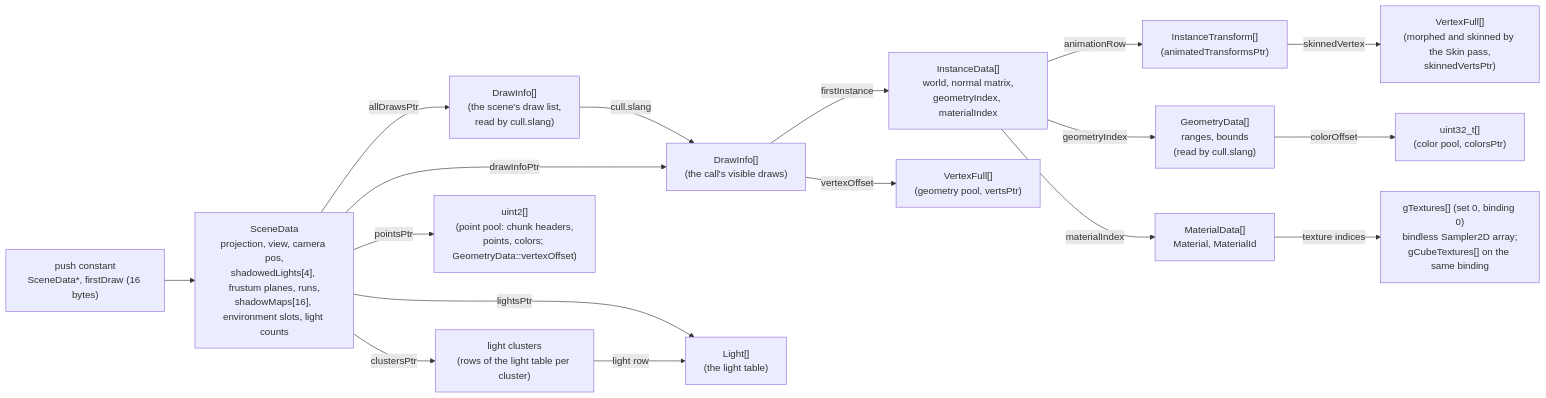
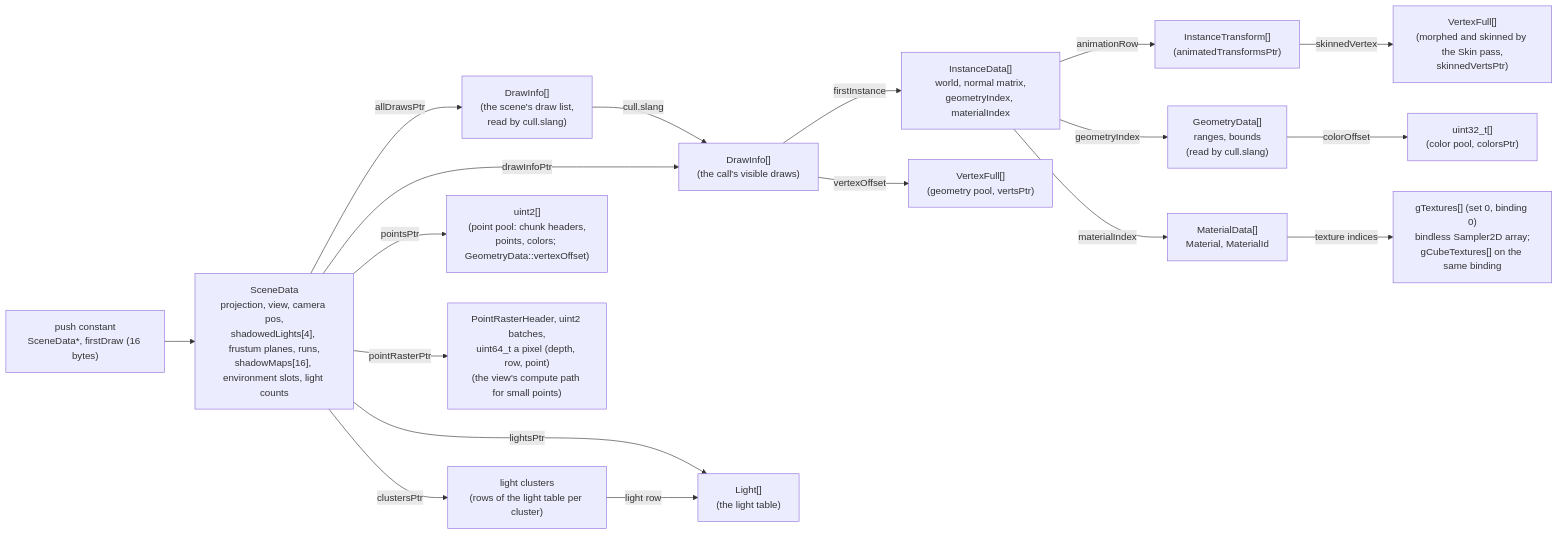
Before and after one commit to adel-elmala/rasm: the third of 3 diagrams in docs/architecture.md, drawn with Mermaid. The commit also changed other lines of this file and 40 other files, not shown here.

First line of the commit message:
feat: compute rasterizer for small points (C API 1.11, 3 of 5) (#105)

````diff
--- a/docs/architecture.md
+++ b/docs/architecture.md
@@ -711,19 +718,20 @@
 ```mermaid
 flowchart LR
     PC["push constant<br/>SceneData*, firstDraw (16 bytes)"] --> SD["SceneData<br/>projection, view, camera pos,<br/>shadowedLights[4], frustum planes, runs,<br/>shadowMaps[16], environment slots, light counts"]
     SD -- allDrawsPtr --> AD["DrawInfo[]<br/>(the scene's draw list,<br/>read by cull.slang)"]
     AD -- cull.slang --> DI
     SD -- drawInfoPtr --> DI["DrawInfo[]<br/>(the call's visible draws)"]
     DI -- firstInstance --> ID["InstanceData[]<br/>world, normal matrix,<br/>geometryIndex, materialIndex"]
     DI -- vertexOffset --> V["VertexFull[]<br/>(geometry pool, vertsPtr)"]
     GD -- colorOffset --> VC["uint32_t[]<br/>(color pool, colorsPtr)"]
     ID -- animationRow --> IT["InstanceTransform[]<br/>(animatedTransformsPtr)"]
     IT -- skinnedVertex --> SV["VertexFull[]<br/>(morphed and skinned by the Skin pass,<br/>skinnedVertsPtr)"]
     ID -- geometryIndex --> GD["GeometryData[]<br/>ranges, bounds<br/>(read by cull.slang)"]
     SD -- lightsPtr --> LT["Light[]<br/>(the light table)"]
     SD -- clustersPtr --> CL["light clusters<br/>(rows of the light table per cluster)"]
     SD -- pointsPtr --> PP["uint2[]<br/>(point pool: chunk headers,<br/>points, colors; GeometryData::vertexOffset)"]
+    SD -- pointRasterPtr --> PR["PointRasterHeader, uint2 batches,<br/>uint64_t a pixel (depth, row, point)<br/>(the view's compute path for small points)"]
     CL -- light row --> LT
     ID -- materialIndex --> MD["MaterialData[]<br/>Material, MaterialId"]
     MD -- texture indices --> T["gTextures[] (set 0, binding 0)<br/>bindless Sampler2D array;<br/>gCubeTextures[] on the same binding"]
 ```
````
